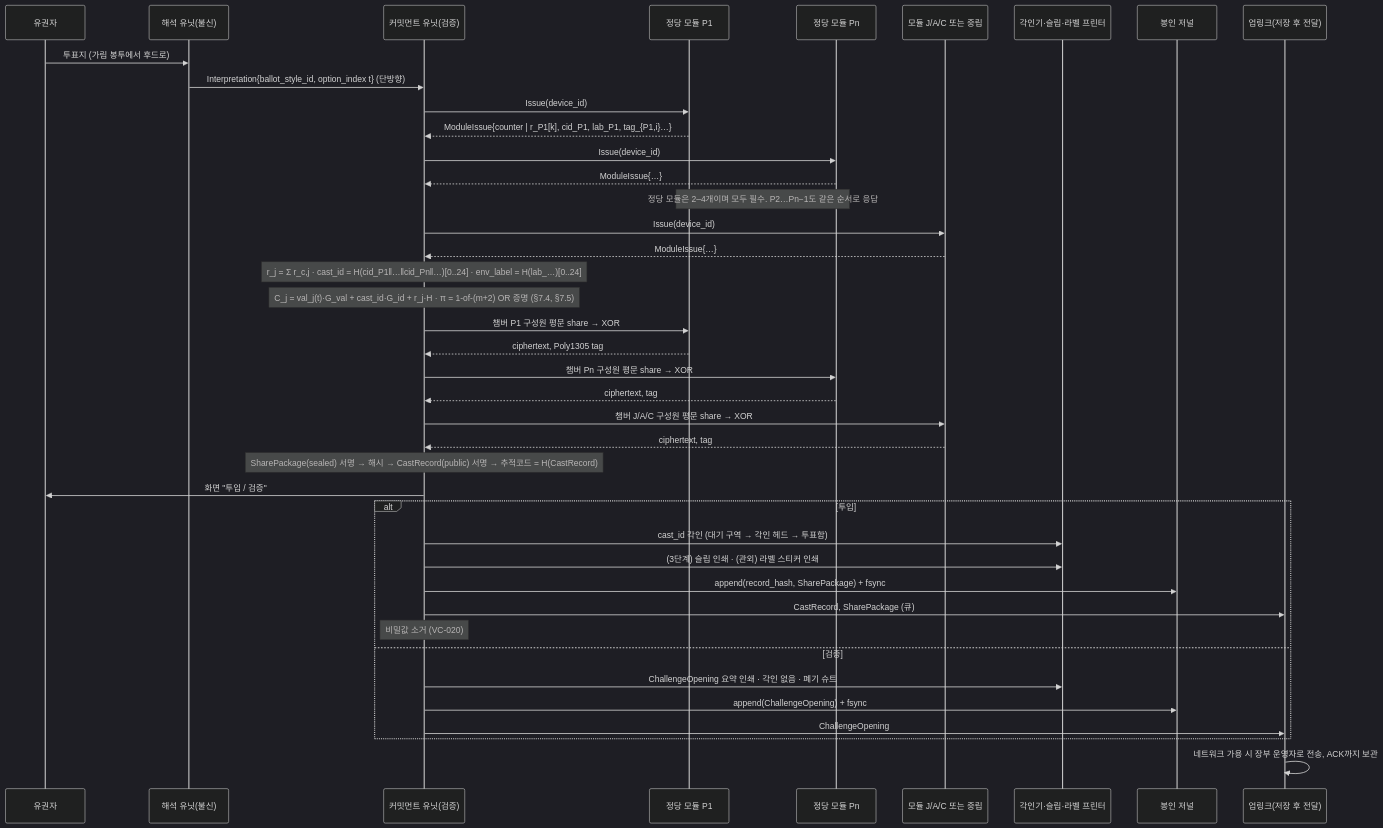
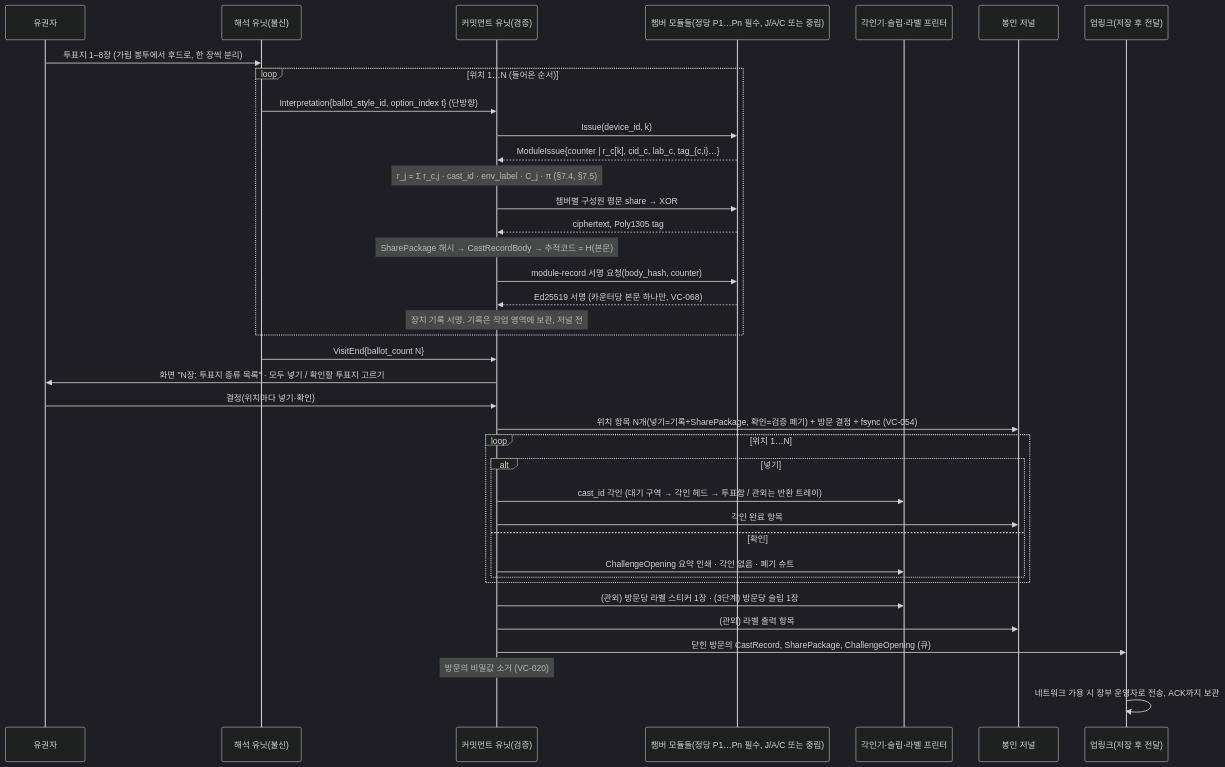
One commit to dudueul/ityv changed the first of 13 diagrams in docs/processing/PROCESSING_FLOWS.md. Above: the diagram before and after it, drawn with Mermaid (dark theme). The commit also changed other lines of this file and 13 other files, not shown here.

````diff
--- a/docs/processing/PROCESSING_FLOWS.md
+++ b/docs/processing/PROCESSING_FLOWS.md
@@ -9,43 +11,40 @@
 ```mermaid
 sequenceDiagram
     participant V as 유권자
     participant I as 해석 유닛(불신)
     participant U as 커밋먼트 유닛(검증)
-    participant M1 as 정당 모듈 P1
-    participant Mn as 정당 모듈 Pn
-    participant MN as 모듈 J/A/C 또는 중립
+    participant M as 챔버 모듈들(정당 P1…Pn 필수, J/A/C 또는 중립)
     participant P as 각인기·슬립·라벨 프린터
     participant J as 봉인 저널
     participant L as 업링크(저장 후 전달)
-    V->>I: 투표지 (가림 봉투에서 후드로)
-    I->>U: Interpretation{ballot_style_id, option_index t} (단방향)
-    U->>M1: Issue(device_id)
-    M1-->>U: ModuleIssue{counter | r_P1[k], cid_P1, lab_P1, tag_{P1,i}…}
-    U->>Mn: Issue(device_id)
-    Mn-->>U: ModuleIssue{…}
-    Note over M1,Mn: 정당 모듈은 2–4개이며 모두 필수. P2…Pn−1도 같은 순서로 응답
-    U->>MN: Issue(device_id)
-    MN-->>U: ModuleIssue{…}
-    Note over U: r_j = Σ r_c,j · cast_id = H(cid_P1‖…‖cid_Pn‖…)[0..24] · env_label = H(lab_…)[0..24]
-    Note over U: C_j = val_j(t)·G_val + cast_id·G_id + r_j·H · π = 1-of-(m+2) OR 증명 (§7.4, §7.5)
-    U->>M1: 챔버 P1 구성원 평문 share → XOR
-    M1-->>U: ciphertext, Poly1305 tag
-    U->>Mn: 챔버 Pn 구성원 평문 share → XOR
-    Mn-->>U: ciphertext, tag
-    U->>MN: 챔버 J/A/C 구성원 평문 share → XOR
-    MN-->>U: ciphertext, tag
-    Note over U: SharePackage(sealed) 서명 → 해시 → CastRecord(public) 서명 → 추적코드 = H(CastRecord)
-    U->>V: 화면 "투입 / 검증"
-    alt 투입
-        U->>P: cast_id 각인 (대기 구역 → 각인 헤드 → 투표함)
-        U->>P: (3단계) 슬립 인쇄 · (관외) 라벨 스티커 인쇄
-        U->>J: append(record_hash, SharePackage) + fsync
-        U->>L: CastRecord, SharePackage (큐)
-        Note over U: 비밀값 소거 (VC-020)
-    else 검증
-        U->>P: ChallengeOpening 요약 인쇄 · 각인 없음 · 폐기 슈트
-        U->>J: append(ChallengeOpening) + fsync
-        U->>L: ChallengeOpening
+    V->>I: 투표지 1–8장 (가림 봉투에서 후드로, 한 장씩 분리)
+    loop 위치 1…N (들어온 순서)
+        I->>U: Interpretation{ballot_style_id, option_index t} (단방향)
+        U->>M: Issue(device_id, k)
+        M-->>U: ModuleIssue{counter | r_c[k], cid_c, lab_c, tag_{c,i}…}
+        Note over U: r_j = Σ r_c,j · cast_id · env_label · C_j · π (§7.4, §7.5)
+        U->>M: 챔버별 구성원 평문 share → XOR
+        M-->>U: ciphertext, Poly1305 tag
+        Note over U: SharePackage 해시 → CastRecordBody → 추적코드 = H(본문)
+        U->>M: module-record 서명 요청(body_hash, counter)
+        M-->>U: Ed25519 서명 (카운터당 본문 하나만, VC-068)
+        Note over U: 장치 기록 서명. 기록은 작업 영역에 보관, 저널 전
     end
+    I->>U: VisitEnd{ballot_count N}
+    U->>V: 화면 "N장: 투표지 종류 목록" · 모두 넣기 / 확인할 투표지 고르기
+    V->>U: 결정(위치마다 넣기·확인)
+    U->>J: 위치 항목 N개(넣기=기록+SharePackage, 확인=검증 폐기) + 방문 결정 + fsync (VC-054)
+    loop 위치 1…N
+        alt 넣기
+            U->>P: cast_id 각인 (대기 구역 → 각인 헤드 → 투표함 / 관외는 반환 트레이)
+            U->>J: 각인 완료 항목
+        else 확인
+            U->>P: ChallengeOpening 요약 인쇄 · 각인 없음 · 폐기 슈트
+        end
+    end
+    U->>P: (관외) 방문당 라벨 스티커 1장 · (3단계) 방문당 슬립 1장
+    U->>J: (관외) 라벨 출력 항목
+    U->>L: 닫힌 방문의 CastRecord, SharePackage, ChallengeOpening (큐)
+    Note over U: 방문의 비밀값 소거 (VC-020)
     L->>L: 네트워크 가용 시 장부 운영자로 전송, ACK까지 보관
 ```
````
